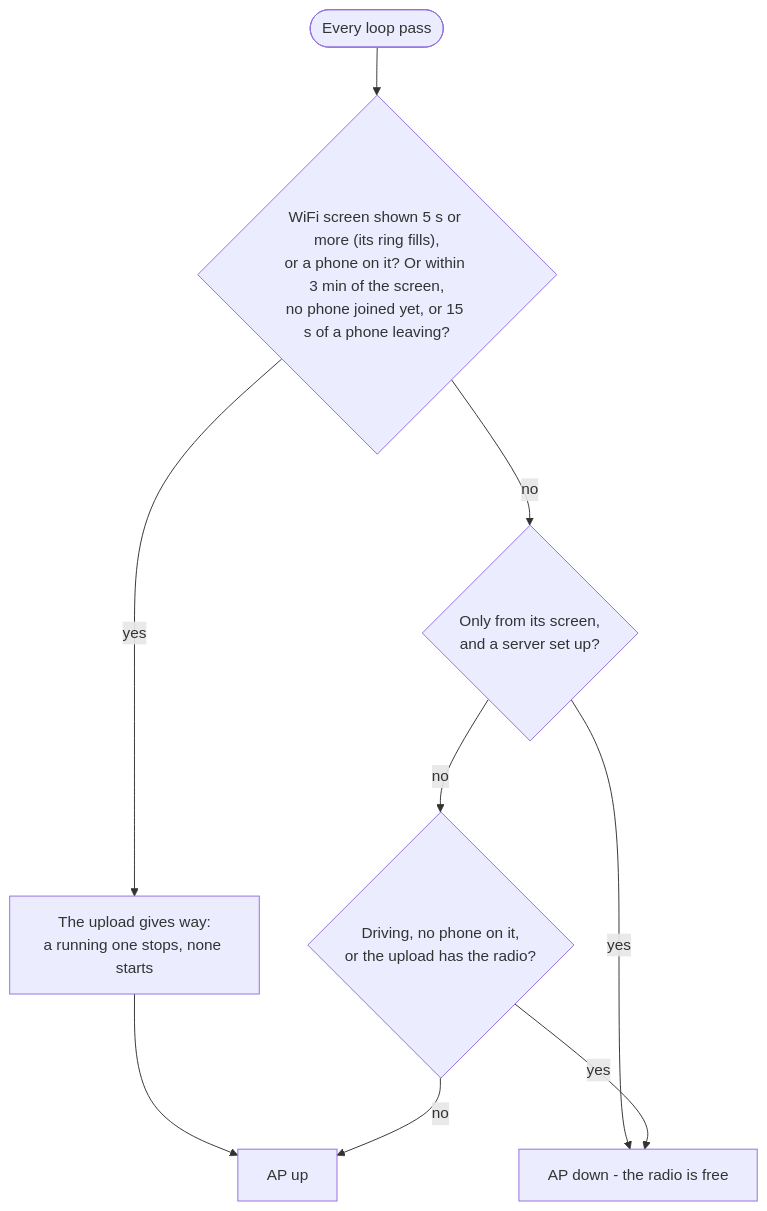
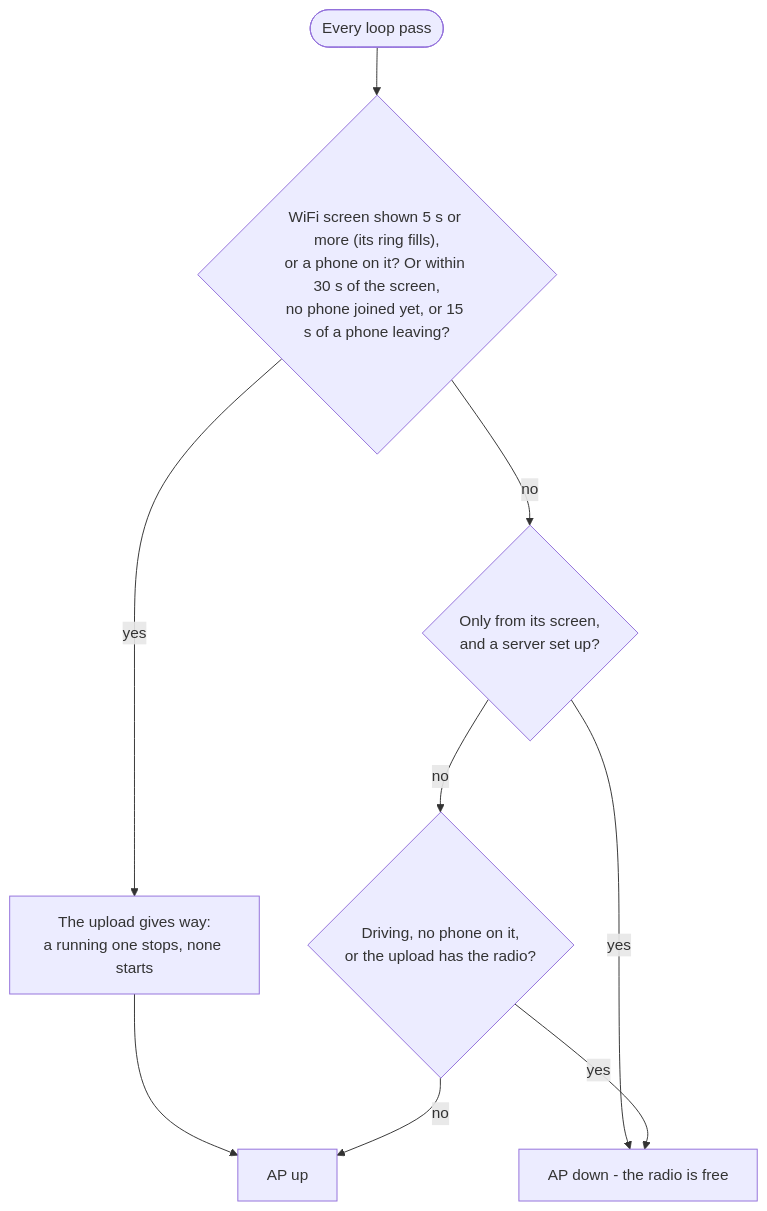
The third of 6 diagrams in docs/flows.md (kubiq/n-gauge), drawn with Mermaid before and after one commit. The commit also changed 1 other file, not shown here.

Commit message:
WiFi: the AP 30 s after the screen is left, not 3 minutes
The linger is for a phone still joining from the QR when the screen was
left, and a phone joins in seconds; the 3 minutes held the log upload
for nothing (asked 2026-11-15). With a phone joined, it is 15 s after
it leaves, as before.

````diff
--- a/docs/flows.md
+++ b/docs/flows.md
@@ -63,11 +63,11 @@
 ```mermaid
 flowchart TD
-  pass([Every loop pass]) --> asked{"WiFi screen shown 5 s or more (its ring fills),<br/>or a phone on it? Or within 3 min of the screen,<br/>no phone joined yet, or 15 s of a phone leaving?"}
+  pass([Every loop pass]) --> asked{"WiFi screen shown 5 s or more (its ring fills),<br/>or a phone on it? Or within 30 s of the screen,<br/>no phone joined yet, or 15 s of a phone leaving?"}
   asked -- yes --> giveway[The upload gives way:<br/>a running one stops, none starts]
   giveway --> up[AP up]
   asked -- no --> mode{"Only from its screen,<br/>and a server set up?"}
   mode -- yes --> down[AP down - the radio is free]
   mode -- no --> driving{"Driving, no phone on it,<br/>or the upload has the radio?"}
   driving -- yes --> down
   driving -- no --> up
 ```
````
